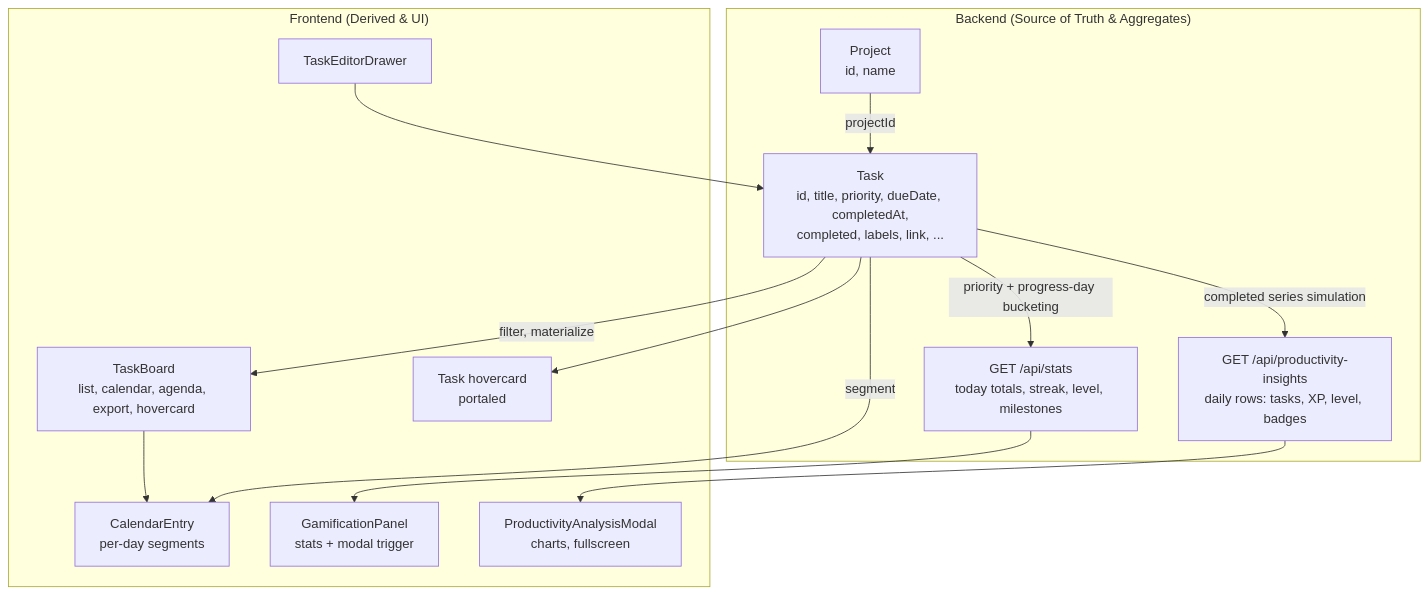
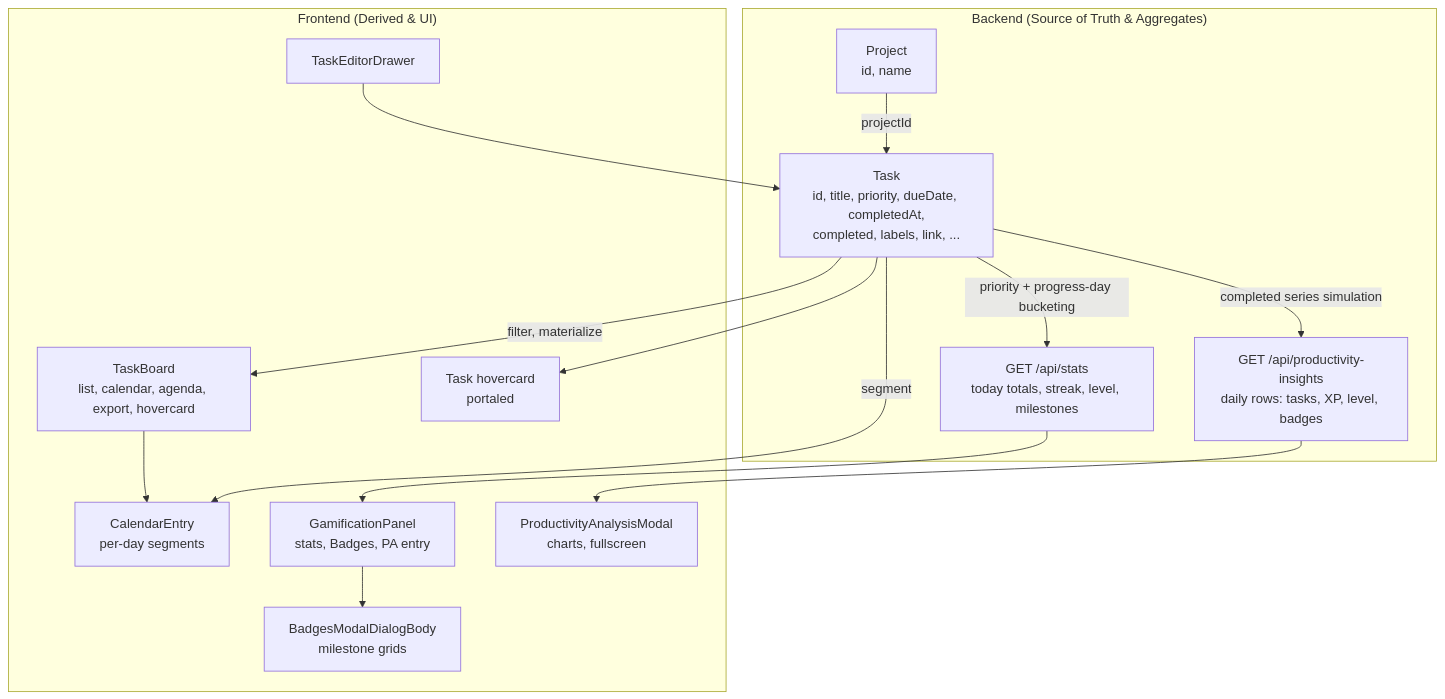
Before and after one commit to RifqiMT/focista-schedulo: the diagram in docs/VARIABLES.md, drawn with Mermaid. The commit also changed other lines of this file and 31 other files, not shown here.

````diff
--- a/docs/VARIABLES.md
+++ b/docs/VARIABLES.md
@@ -23,29 +23,31 @@
 ```mermaid
 flowchart TB
   subgraph Backend["Backend (Source of Truth & Aggregates)"]
     P[Project<br/>id, name]
     T[Task<br/>id, title, priority, dueDate, completedAt,<br/>completed, labels, link, ...]
     S[GET /api/stats<br/>today totals, streak, level, milestones]
     PI[GET /api/productivity-insights<br/>daily rows: tasks, XP, level, badges]
   end
 
   subgraph Frontend["Frontend (Derived & UI)"]
     TB[TaskBoard<br/>list, calendar, agenda, export, hovercard]
     CE[CalendarEntry<br/>per-day segments]
     TE[TaskEditorDrawer]
     HC[Task hovercard<br/>portaled]
-    GP[GamificationPanel<br/>stats + modal trigger]
+    GP[GamificationPanel<br/>stats, Badges, PA entry]
+    BDM[BadgesModalDialogBody<br/>milestone grids]
     PAM[ProductivityAnalysisModal<br/>charts, fullscreen]
   end
 
   P -->|projectId| T
   T -->|priority + progress-day bucketing| S
   T -->|completed series simulation| PI
   S --> GP
+  GP --> BDM
   PI --> PAM
   T -->|filter, materialize| TB
   T -->|segment| CE
   TB --> CE
   TE --> T
   T --> HC
 ```
````
